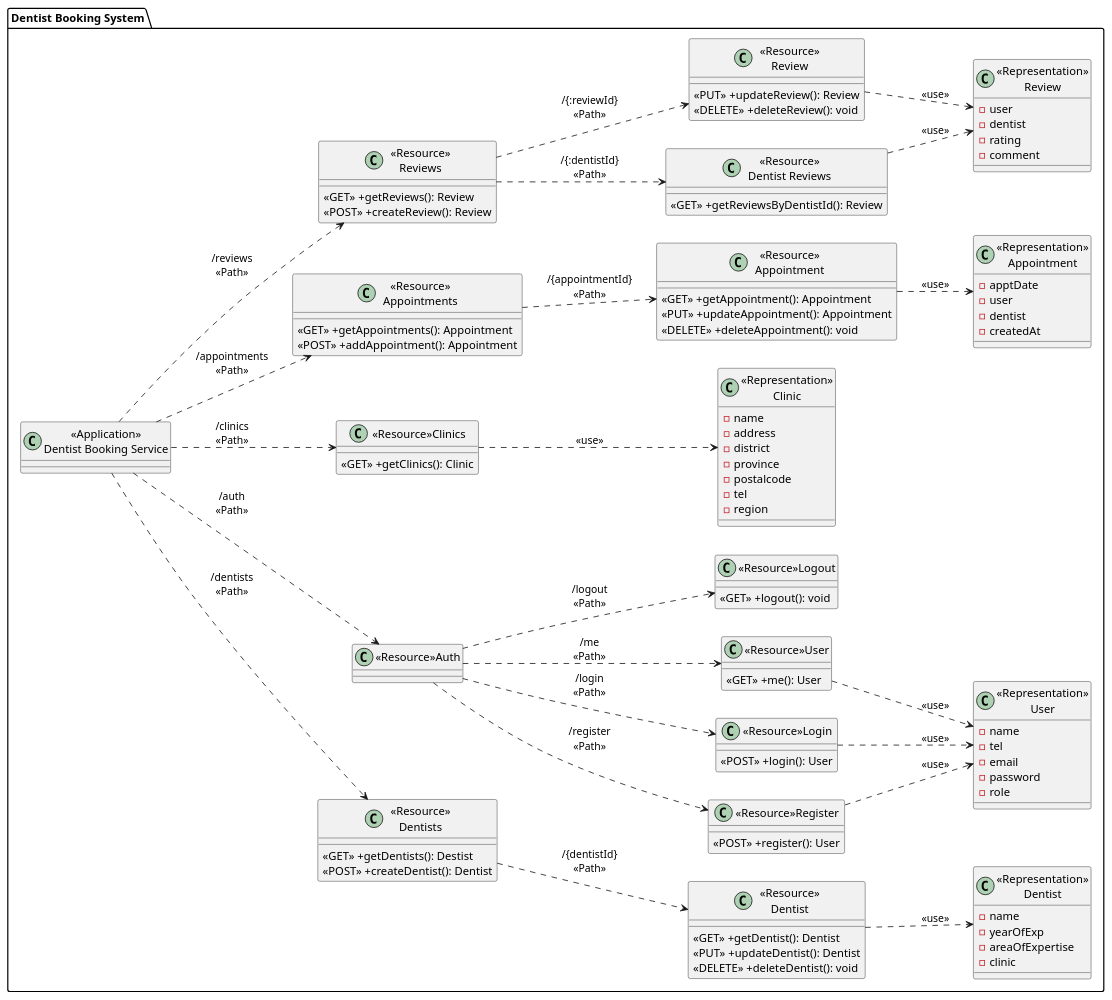
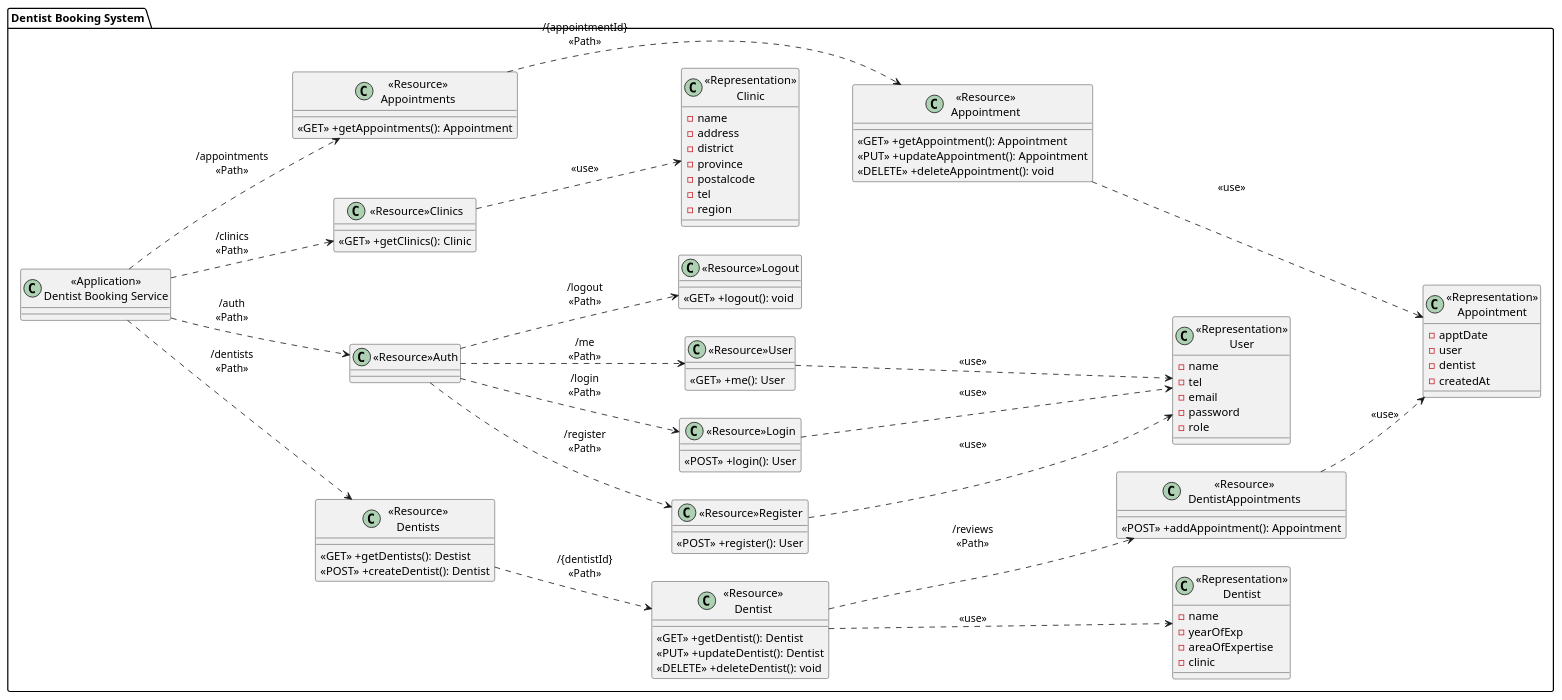
Before and after one commit to KoalaMuch/DentistBooking: the diagram in doc/classDiagram/ClassDiagram.puml, drawn with PlantUML. The commit also changed 4 other files, not shown here.

Commit message:
Update class diagram and add use casde

```diff
--- a/doc/classDiagram/ClassDiagram.puml
+++ b/doc/classDiagram/ClassDiagram.puml
@@ -1,125 +1,105 @@
 @startuml
 left to right direction
 package "Dentist Booking System"{
     class "<<Application>>\nDentist Booking Service" as DentistBookingService{}
 
 ' dentists
     class "<<Resource>>\nDentists" as ResourceDentists{
         <<GET>> +getDentists(): Destist
         <<POST>> +createDentist(): Dentist
     }
 
     class "<<Resource>>\nDentist" as ResourceDentist {
         <<GET>> +getDentist(): Dentist
         <<PUT>> +updateDentist(): Dentist
         <<DELETE>> +deleteDentist(): void
     }
 
     class "<<Representation>>\nDentist" as RepresentationDentist {
         -name
         -yearOfExp
         -areaOfExpertise
         -clinic
     }
 
     ' auth
     class "<<Resource>>Auth" as ResourceAuth{
         
     }
     class "<<Resource>>Register" as ResourceUserRegister{
         <<POST>> +register(): User
     }
     class "<<Resource>>Login" as ResourceUserLogin{
         <<POST>> +login(): User
     }
     class "<<Resource>>User" as ResourceUser{
         <<GET>> +me(): User
     }
     class "<<Resource>>Logout" as ResourceUserLogout{
         <<GET>> +logout(): void
     }
     class "<<Representation>>\nUser" as RepresentationUser {
         -name
         -tel
         -email
         -password
         -role
     }
 
     ' clinic
     class "<<Resource>>Clinics" as ResourceClinics{
         <<GET>> +getClinics(): Clinic
     } 
     class "<<Representation>>\nClinic" as RepresentationClinic {
         -name
         -address
         -district
         -province
         -postalcode
         -tel
         -region
     }
 
     ' appointment
     class "<<Resource>>\nAppointments" as ResourceAppointments{
         <<GET>> +getAppointments(): Appointment
-        <<POST>> +addAppointment(): Appointment
     }
     class "<<Resource>>\nAppointment" as ResourceAppointment{
         <<GET>> +getAppointment(): Appointment
         <<PUT>> +updateAppointment(): Appointment
         <<DELETE>> +deleteAppointment(): void
     }
+     class "<<Resource>>\nDentistAppointments" as ResourceDentistAppointments{
+        <<POST>> +addAppointment(): Appointment
+    } 
     class "<<Representation>>\nAppointment" as RepresentationAppointment {
         -apptDate
         -user
         -dentist
         -createdAt
     }
 
-    ' review
-    class "<<Resource>>\nReviews" as ResourceReviews{
-        <<GET>> +getReviews(): Review
-        <<POST>> +createReview(): Review
-    } 
-    class "<<Resource>>\nDentist Reviews" as ResourceDentistReviews{
-        <<GET>> +getReviewsByDentistId(): Review
-    }
-    class "<<Resource>>\nReview" as ResourceReview{
-        <<PUT>> +updateReview(): Review
-        <<DELETE>> +deleteReview(): void
-    } 
-    class "<<Representation>>\nReview" as RepresentationReview{
-        -user
-        -dentist
-        -rating
-        -comment
-    } 
 }
 
 DentistBookingService ..> ResourceDentists:"/dentists\n<<Path>>"
 ResourceDentists ..> ResourceDentist: "/{dentistId}\n<<Path>>"
 ResourceDentist ..> RepresentationDentist: "<<use>>"
+ResourceDentist ..> ResourceDentistAppointments:"/reviews\n<<Path>>"
+ResourceDentistAppointments..>RepresentationAppointment:"<<use>>"
 
 DentistBookingService..>ResourceAuth:"/auth\n<<Path>>"
 ResourceAuth..> ResourceUserRegister: "/register\n<<Path>>"
 ResourceUserRegister ..>RepresentationUser: "<<use>>"
 ResourceAuth ..> ResourceUserLogin: "/login\n<<Path>>"
 ResourceUserLogin ..>RepresentationUser: "<<use>>"
 ResourceAuth ..> ResourceUser: "/me\n<<Path>>"
 ResourceUser ..>RepresentationUser: "<<use>>"
 ResourceAuth ..> ResourceUserLogout: "/logout\n<<Path>>"
 
 DentistBookingService ..> ResourceClinics:"/clinics\n<<Path>>"
 ResourceClinics ..> RepresentationClinic:"<<use>>"
 
 DentistBookingService ..> ResourceAppointments:"/appointments\n<<Path>>"
 ResourceAppointments ..> ResourceAppointment: "/{appointmentId}\n<<Path>>"
 ResourceAppointment ..> RepresentationAppointment: "<<use>>"
-
-DentistBookingService ..> ResourceReviews:"/reviews\n<<Path>>"
-ResourceReviews ..> ResourceDentistReviews:"/{:dentistId}\n<<Path>>"
-ResourceReviews..> ResourceReview:"/{:reviewId}\n<<Path>>"
-ResourceDentistReviews..>RepresentationReview:"<<use>>"
-ResourceReview..>RepresentationReview:"<<use>>"
 @enduml
```
